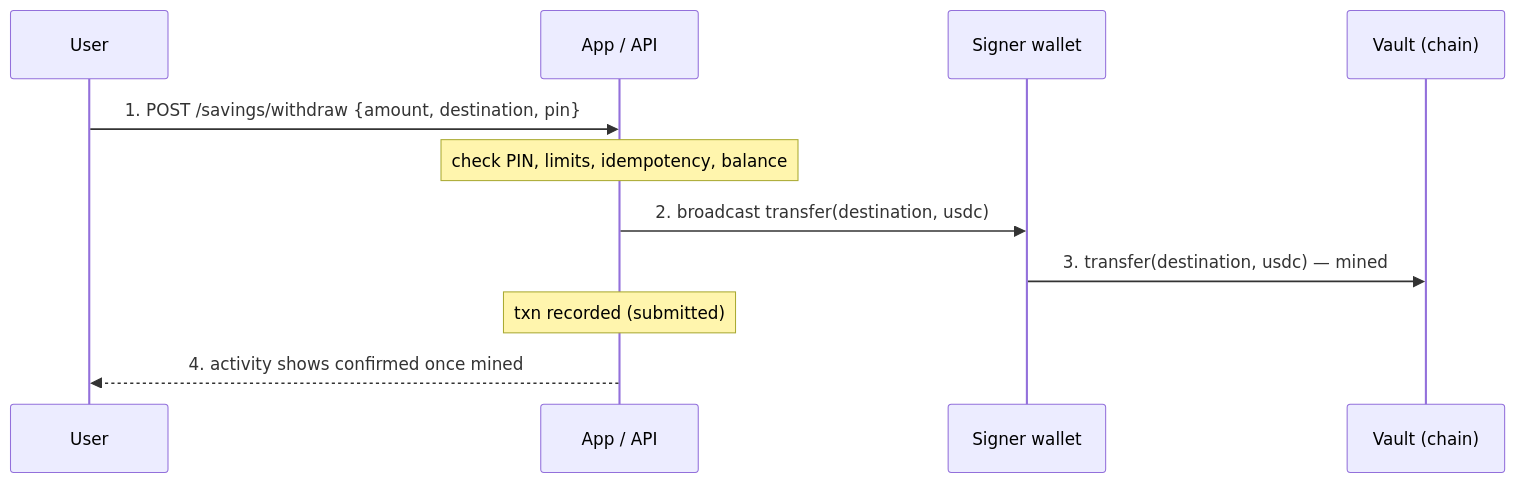
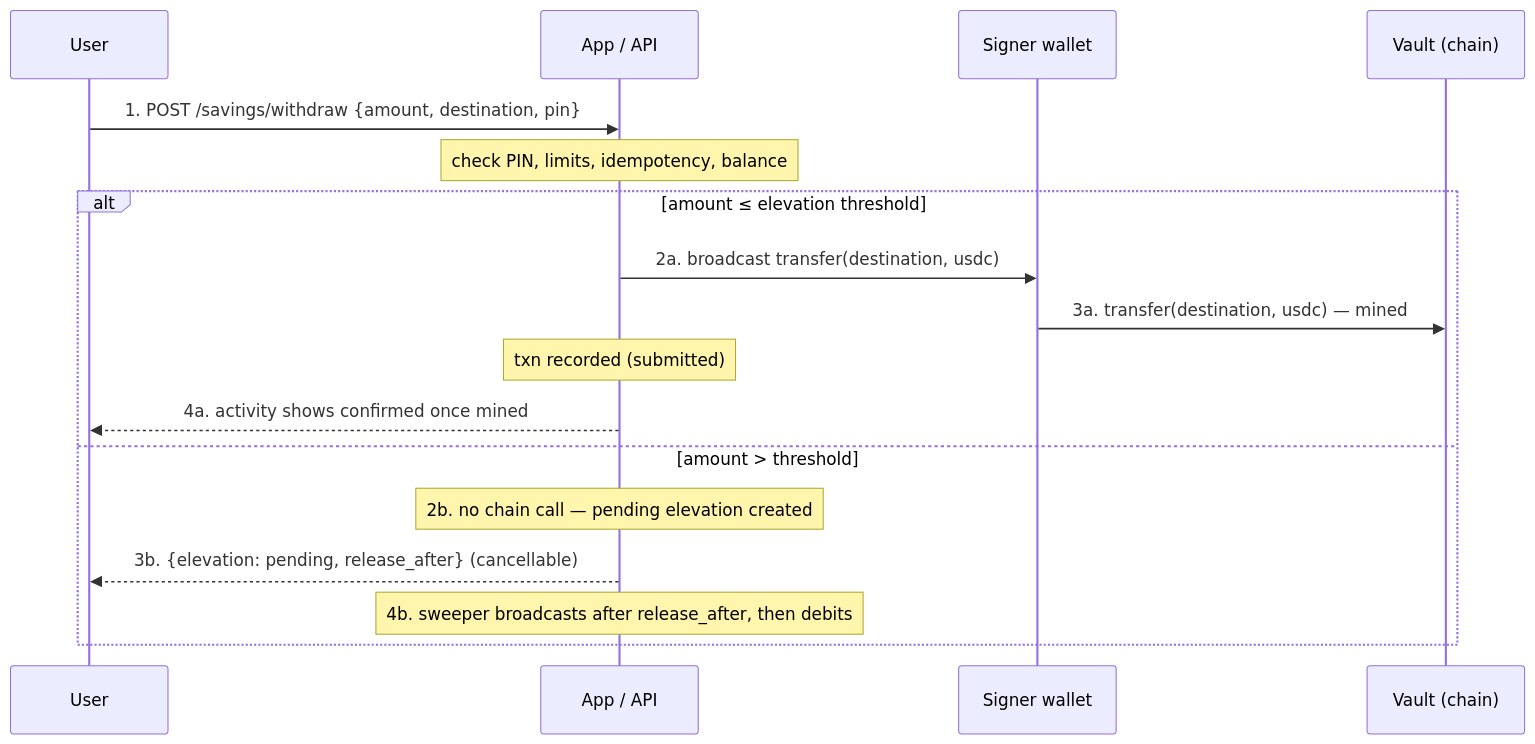
The fourth of 10 diagrams in README.md (divineshedrack33220/globmint), drawn with Mermaid before and after one commit. The commit also changed other lines of this file and 60 other files, not shown here.

````diff
--- a/README.md
+++ b/README.md
@@ -128,13 +128,19 @@
 ```mermaid
 sequenceDiagram
     participant U as User
     participant A as App / API
     participant S as Signer wallet
     participant V as Vault (chain)
     U->>A: 1. POST /savings/withdraw {amount, destination, pin}
     Note over A: check PIN, limits, idempotency, balance
-    A->>S: 2. broadcast transfer(destination, usdc)
-    S->>V: 3. transfer(destination, usdc) — mined
-    Note over A: txn recorded (submitted)
-    A-->>U: 4. activity shows confirmed once mined
+    alt amount ≤ elevation threshold
+        A->>S: 2a. broadcast transfer(destination, usdc)
+        S->>V: 3a. transfer(destination, usdc) — mined
+        Note over A: txn recorded (submitted)
+        A-->>U: 4a. activity shows confirmed once mined
+    else amount > threshold
+        Note over A: 2b. no chain call — pending elevation created
+        A-->>U: 3b. {elevation: pending, release_after} (cancellable)
+        Note over A: 4b. sweeper broadcasts after release_after, then debits
+    end
 ```
````
